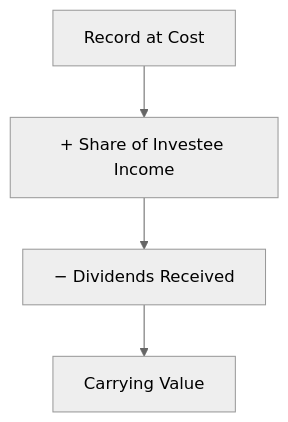
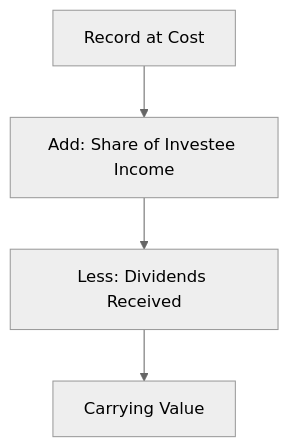
Before and after one commit to subwaymatch/cpabear-book: the second of 2 diagrams in docs/far/assets/investments.md, drawn with Mermaid (neutral theme). The commit also changed other lines of this file and 222 other files, not shown here.

````diff
--- a/docs/far/assets/investments.md
+++ b/docs/far/assets/investments.md
@@ -163,6 +173,6 @@
 ```mermaid
 graph TD
-    A[Record at Cost] --> B[+ Share of Investee Income]
-    B --> C[− Dividends Received]
+    A[Record at Cost] --> B["Add: Share of Investee Income"]
+    B --> C["Less: Dividends Received"]
     C --> D[Carrying Value]
 ```
````
